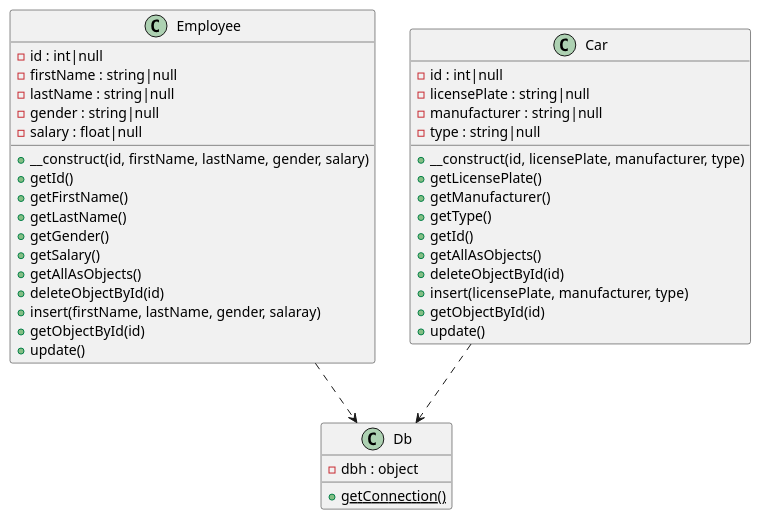
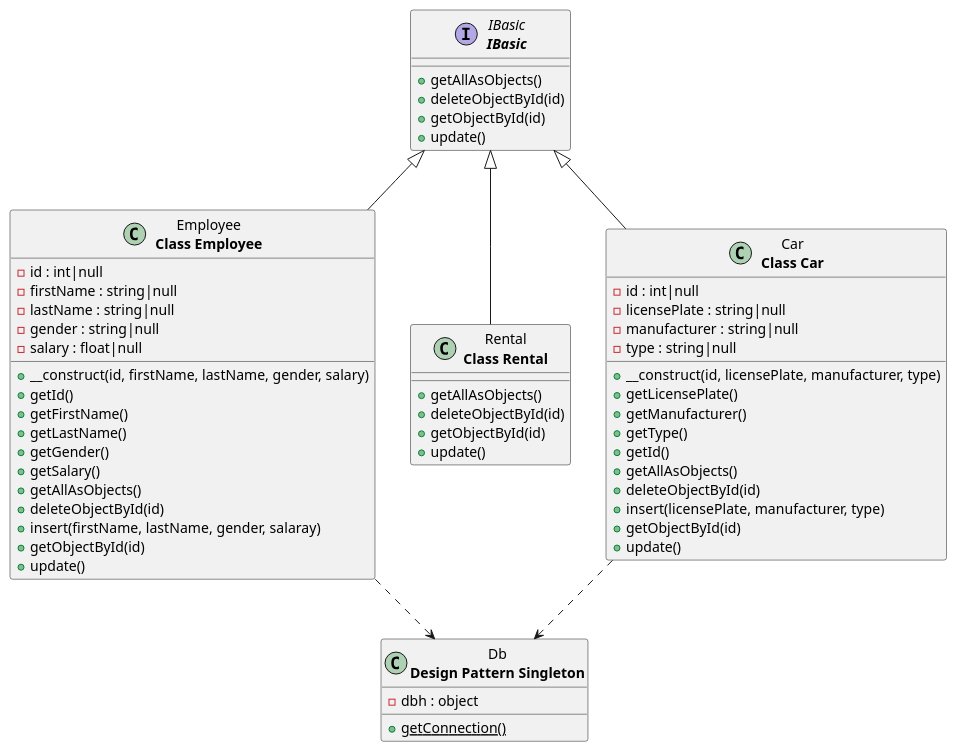
The diagram in doc/uml_classes.puml (23b00t/company), drawn with PlantUML before and after one commit.

Commit message:
updated UML

```diff
--- a/doc/uml_classes.puml
+++ b/doc/uml_classes.puml
@@ -1,43 +1,57 @@
 @startuml
-  ' skinparam classAttributeIconSize 0
-  class Employee {
+  class "Employee\n<b>Class Employee</b>" as Employee {
     -id : int|null
     -firstName : string|null
     -lastName : string|null
     -gender : string|null
     -salary : float|null
     +__construct(id, firstName, lastName, gender, salary)
     +getId()
     +getFirstName()
     +getLastName()
     +getGender()
     +getSalary()
     +getAllAsObjects()
     +deleteObjectById(id)
     +insert(firstName, lastName, gender, salaray)
     +getObjectById(id)
     +update()
   }
-  class Db {
+  class "Rental\n<b>Class Rental</b>" as Rental {
+    +getAllAsObjects()
+    +deleteObjectById(id)
+    +getObjectById(id)
+    +update()
+  }
+  interface "IBasic\n<b>IBasic</b>" as IBasic {
+    +getAllAsObjects()
+    +deleteObjectById(id)
+    +getObjectById(id)
+    +update()
+  }
+  class "Db\n<b>Design Pattern Singleton</b>" as Db {
     -dbh : object
     {static} +getConnection()
   }
-  class Car {
+  class "Car\n<b>Class Car</b>" as Car {
     -id : int|null
     -licensePlate : string|null
     -manufacturer : string|null
     -type : string|null
     +__construct(id, licensePlate, manufacturer, type)
     +getLicensePlate()
     +getManufacturer()
     +getType()
     +getId()
     +getAllAsObjects()
     +deleteObjectById(id)
     +insert(licensePlate, manufacturer, type)
     +getObjectById(id)
     +update()
   }
   Car ..> Db
   Employee ..> Db
+  IBasic <|-- Car
+  IBasic <|-- Employee
+  IBasic <|-- Rental
 @enduml
```
